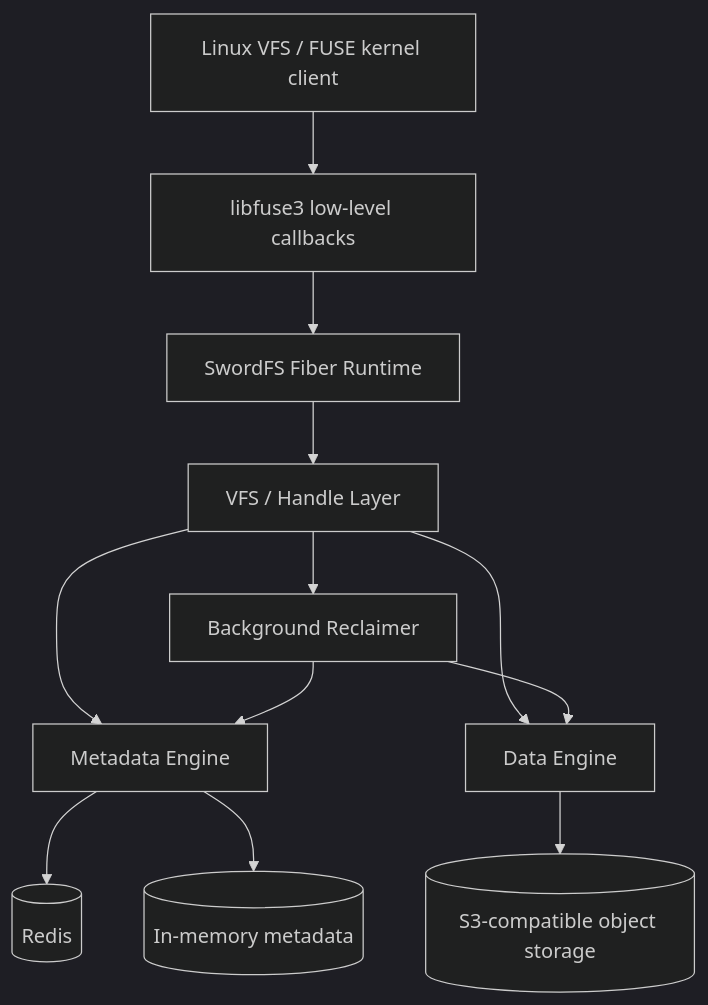
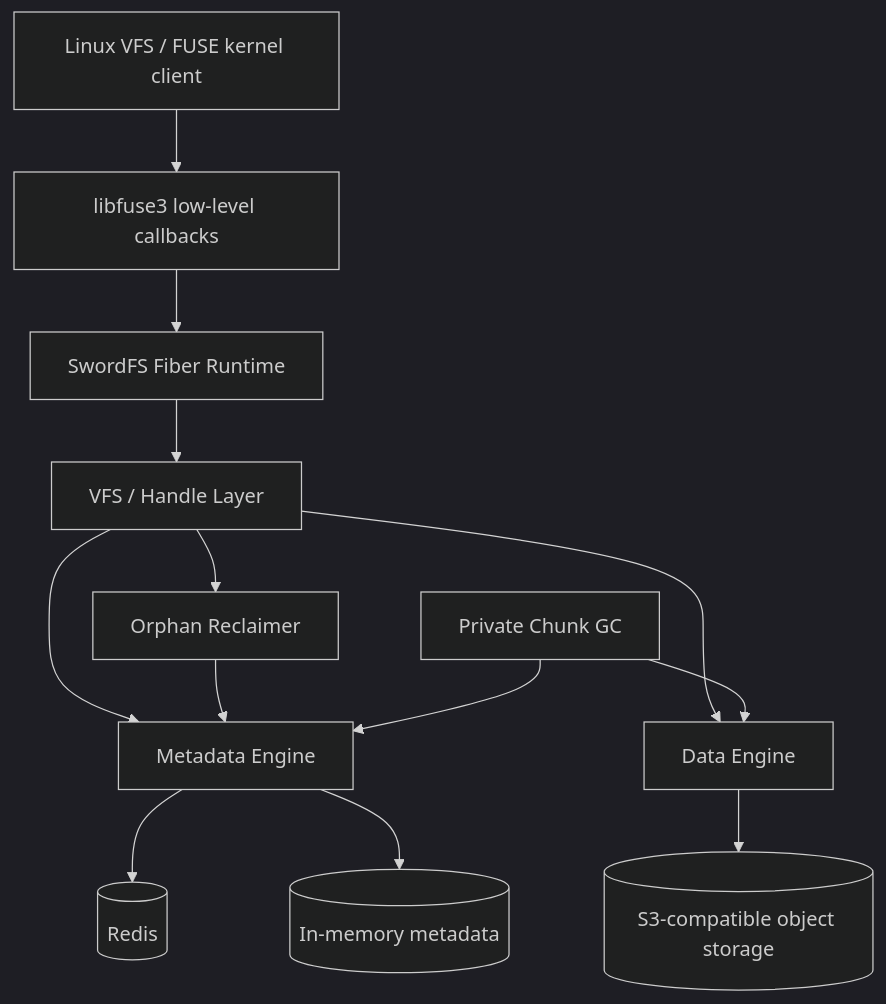
The first of 3 diagrams in docs/design/architecture.md (SwordInfra/SwordFS), drawn with Mermaid (dark theme) before and after one commit. The commit also changed other lines of this file and 63 other files, not shown here.

````diff
--- a/docs/design/architecture.md
+++ b/docs/design/architecture.md
@@ -36,25 +36,27 @@
 ```mermaid
 flowchart TB
     K[Linux VFS / FUSE kernel client]
     F[libfuse3 low-level callbacks]
     R[SwordFS Fiber Runtime]
     V[VFS / Handle Layer]
     M[Metadata Engine]
     D[Data Engine]
-    RM[Background Reclaimer]
+    OR[Orphan Reclaimer]
+    GC[Private Chunk GC]
     REDIS[(Redis)]
     MEM[(In-memory metadata)]
     S3[(S3-compatible object storage)]
 
     K --> F
     F --> R
     R --> V
     V --> M
     V --> D
-    V --> RM
-    RM --> M
-    RM --> D
+    V --> OR
+    OR --> M
+    GC --> M
+    GC --> D
     M --> REDIS
     M --> MEM
     D --> S3
 ```
````
